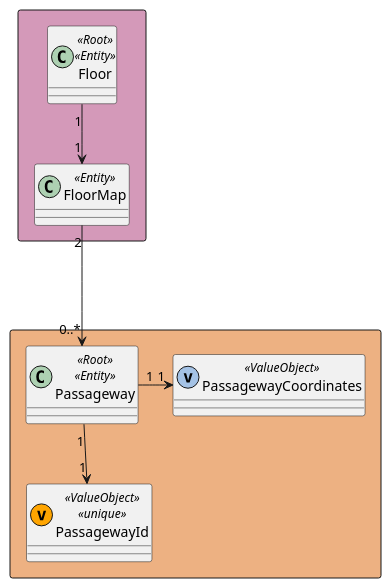
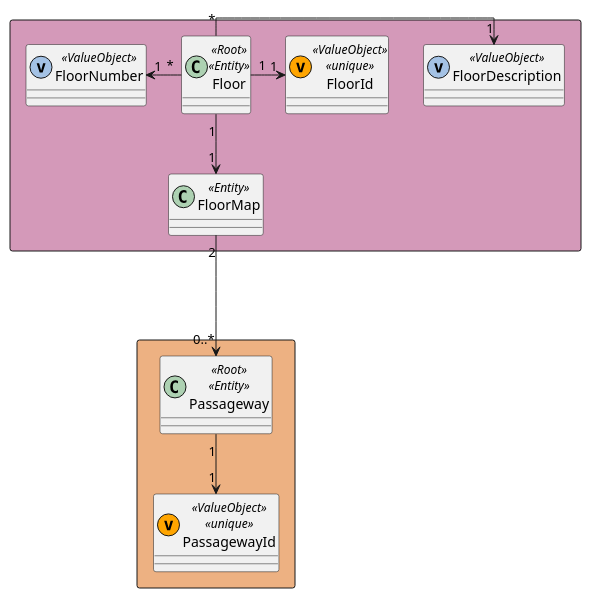
Before and after one commit to Pedro-Pereira1/sem5pi_23_24_g056: the diagram in docs/US_240/Diagrams/DomainModelExcerpt.puml, drawn with PlantUML. The commit also changed 1 other file, not shown here.

Commit message:
Updated US240 documentation DomainModelExcerpt with new Passageway

```diff
--- a/docs/US_240/Diagrams/DomainModelExcerpt.puml
+++ b/docs/US_240/Diagrams/DomainModelExcerpt.puml
@@ -1,25 +1,30 @@
 @startuml domain
+skinparam linetype ortho
 
 
 '========================================================
 rectangle #EDB182{
 class Passageway  << Root >> << Entity >>
 class PassagewayId  << (v,orange) ValueObject >> << unique >>
-class PassagewayCoordinates << (v,#A4C2E5) ValueObject >>
 }
 '========================================================
 rectangle #D499B9{
 class Floor  << Root >> << Entity >>
+class FloorId  << (v,orange) ValueObject >> << unique >>
+class FloorDescription  << (v,#A4C2E5) ValueObject >>
 class FloorMap  << Entity >>
+class FloorNumber << (v,#A4C2E5) ValueObject >>
 }
 
 '========================================================
 
 Passageway "1"-d->"1" PassagewayId
-Passageway "1"->"1" PassagewayCoordinates
 
 Floor "1"-d->"1" FloorMap
+Floor "*"-u>"1" FloorNumber
+Floor "*"->"1" FloorDescription
+Floor "1" -> "1" FloorId
 
 FloorMap "2"--->"0..*" Passageway
 
 @enduml
```
